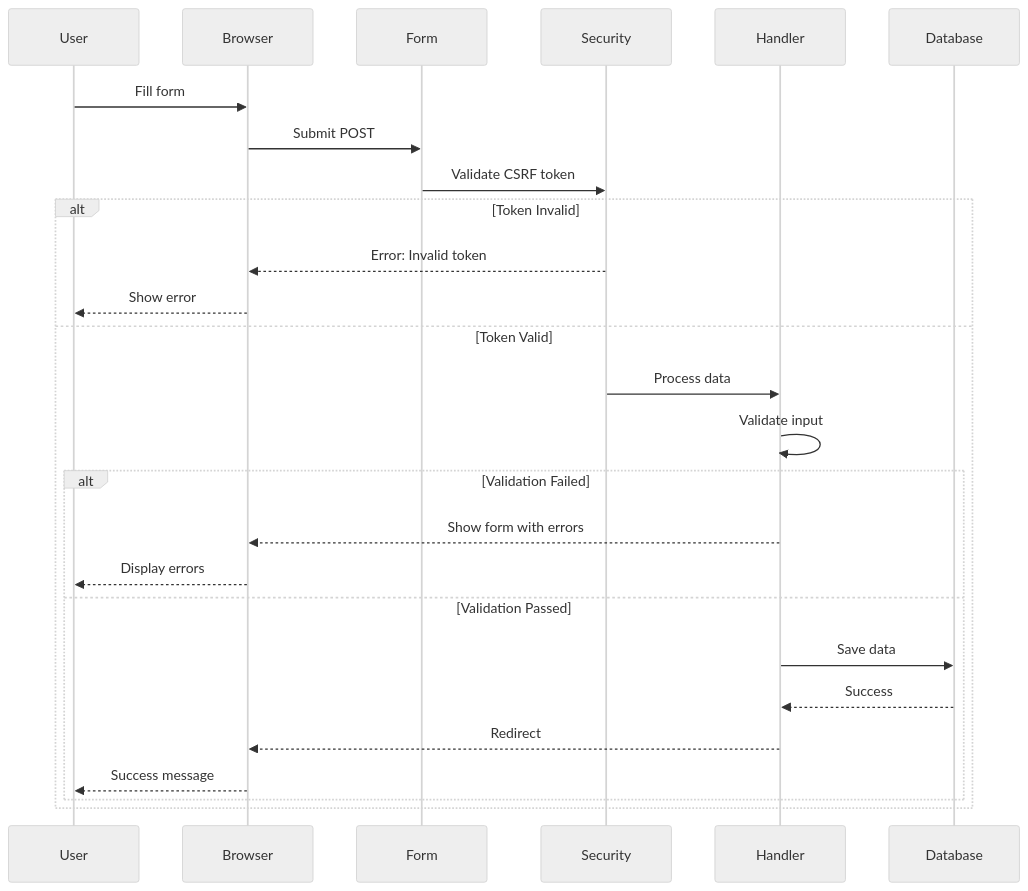
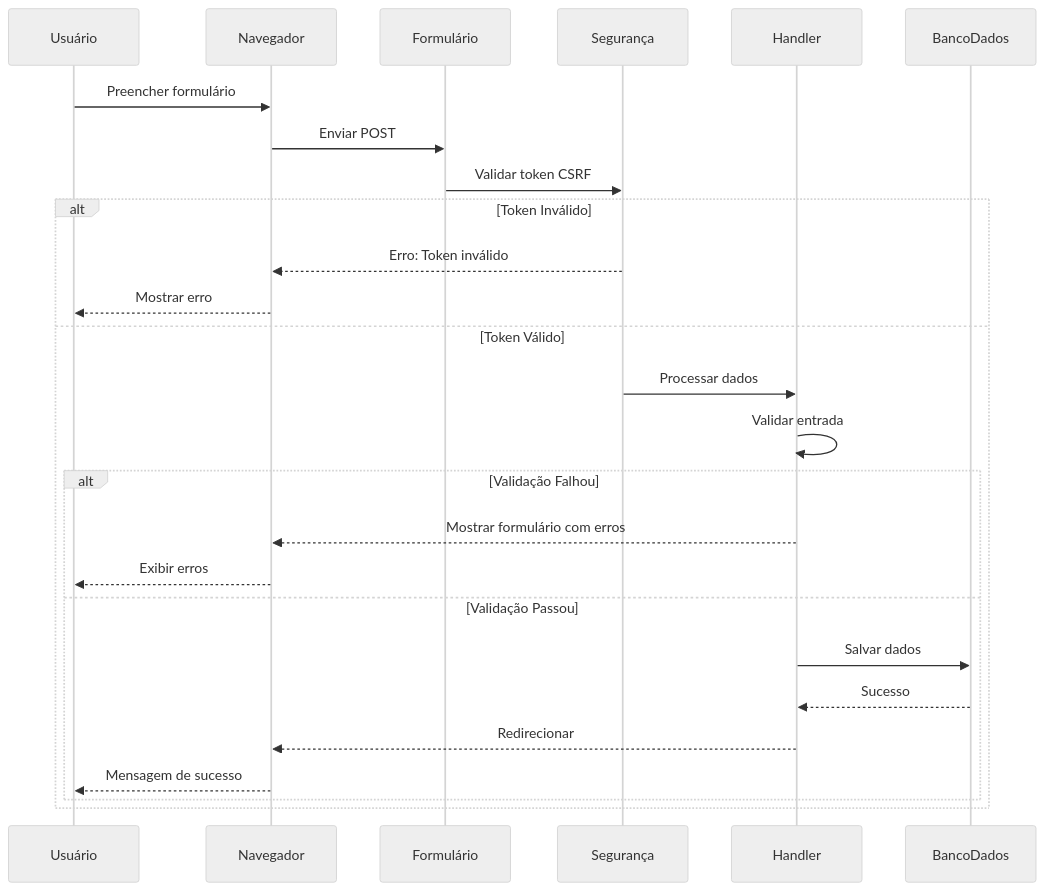
Before and after one commit to mambax7/xoops-docs: the second of 2 diagrams in apps/docs-27/src/content/docs/pt/api-reference/forms/xoops-form.md, drawn with Mermaid (neutral theme). The commit also changed other lines of this file and 162 other files, not shown here.

````diff
--- a/apps/docs-27/src/content/docs/pt/api-reference/forms/xoops-form.md
+++ b/apps/docs-27/src/content/docs/pt/api-reference/forms/xoops-form.md
@@ -347,31 +347,31 @@
 ```mermaid
 sequenceDiagram
-    participant User
-    participant Browser
-    participant Form
-    participant Security
+    participant Usuário
+    participant Navegador
+    participant Formulário
+    participant Segurança
     participant Handler
-    participant Database
+    participant BancoDados
 
-    User->>Browser: Fill form
-    Browser->>Form: Submit POST
-    Form->>Security: Validate CSRF token
+    Usuário->>Navegador: Preencher formulário
+    Navegador->>Formulário: Enviar POST
+    Formulário->>Segurança: Validar token CSRF
 
-    alt Token Invalid
-        Security-->>Browser: Error: Invalid token
-        Browser-->>User: Show error
-    else Token Valid
-        Security->>Handler: Process data
-        Handler->>Handler: Validate input
+    alt Token Inválido
+        Segurança-->>Navegador: Erro: Token inválido
+        Navegador-->>Usuário: Mostrar erro
+    else Token Válido
+        Segurança->>Handler: Processar dados
+        Handler->>Handler: Validar entrada
 
-        alt Validation Failed
-            Handler-->>Browser: Show form with errors
-            Browser-->>User: Display errors
-        else Validation Passed
-            Handler->>Database: Save data
-            Database-->>Handler: Success
-            Handler-->>Browser: Redirect
-            Browser-->>User: Success message
+        alt Validação Falhou
+            Handler-->>Navegador: Mostrar formulário com erros
+            Navegador-->>Usuário: Exibir erros
+        else Validação Passou
+            Handler->>BancoDados: Salvar dados
+            BancoDados-->>Handler: Sucesso
+            Handler-->>Navegador: Redirecionar
+            Navegador-->>Usuário: Mensagem de sucesso
         end
     end
 ```
````
